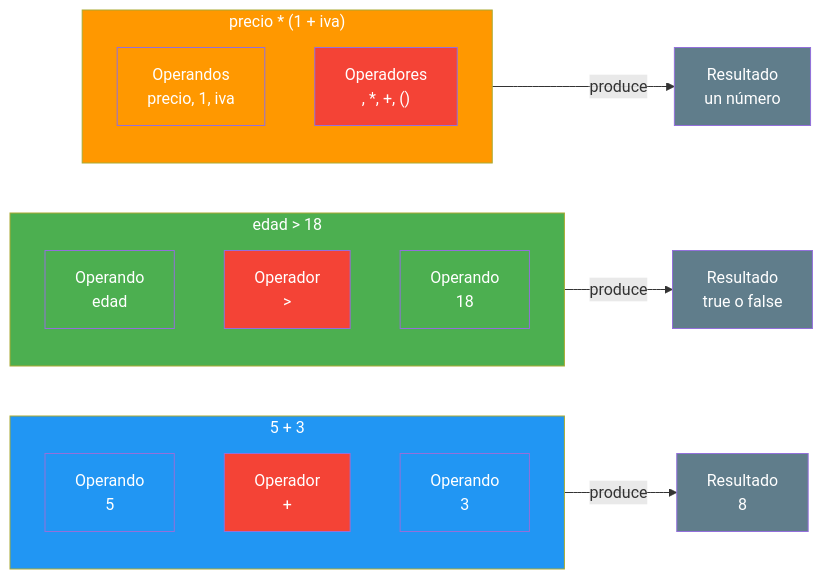
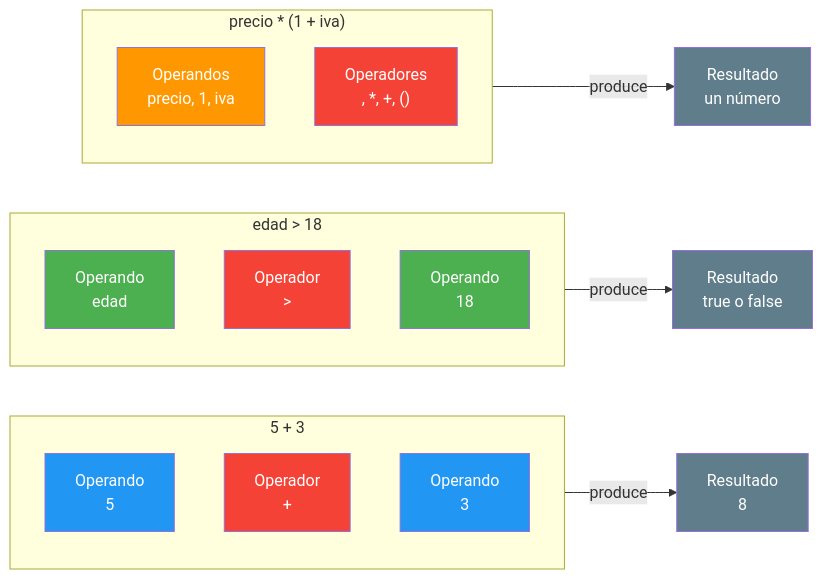
The first of 6 diagrams in 07-operadores-expresiones.md (joseluisgs/Programacion-01-2026-2027), drawn with Mermaid before and after one commit. The commit also changed 3 other files, not shown here.

First line of the commit message:
docs: elimina los style de los subgraf de los diagramas Mermaid

````diff
--- a/07-operadores-expresiones.md
+++ b/07-operadores-expresiones.md
@@ -48,37 +48,34 @@
 ```mermaid
 graph LR
     subgraph EXPRESION ["5 + 3"]
         O1["Operando<br/>5"]
         OP["Operador<br/>+"]
         O2["Operando<br/>3"]
     end
     EXPRESION -->|"produce"| R1["Resultado<br/>8"]
 
     subgraph EXPRESION2 ["edad > 18"]
         O3["Operando<br/>edad"]
         OP2["Operador<br/>>"]
         O4["Operando<br/>18"]
     end
     EXPRESION2 -->|"produce"| R2["Resultado<br/>true o false"]
 
     subgraph EXPRESION3 ["precio * (1 + iva)"]
         O5["Operandos<br/>precio, 1, iva"]
         OP3["Operadores<br/>, *, +, ()"]
     end
     EXPRESION3 -->|"produce"| R3["Resultado<br/>un número"]
 
-    style EXPRESION fill:#2196F3,color:#fff
-    style EXPRESION2 fill:#4CAF50,color:#fff
-    style EXPRESION3 fill:#FF9800,color:#fff
 style O1 fill:#2196F3,color:#fff
   style O2 fill:#2196F3,color:#fff
     style OP fill:#f44336,color:#fff
 style O3 fill:#4CAF50,color:#fff
   style O4 fill:#4CAF50,color:#fff
     style OP2 fill:#f44336,color:#fff
     style O5 fill:#FF9800,color:#fff
     style OP3 fill:#f44336,color:#fff
     style R1 fill:#607D8B,color:#fff
     style R2 fill:#607D8B,color:#fff
     style R3 fill:#607D8B,color:#fff
 ```
````
